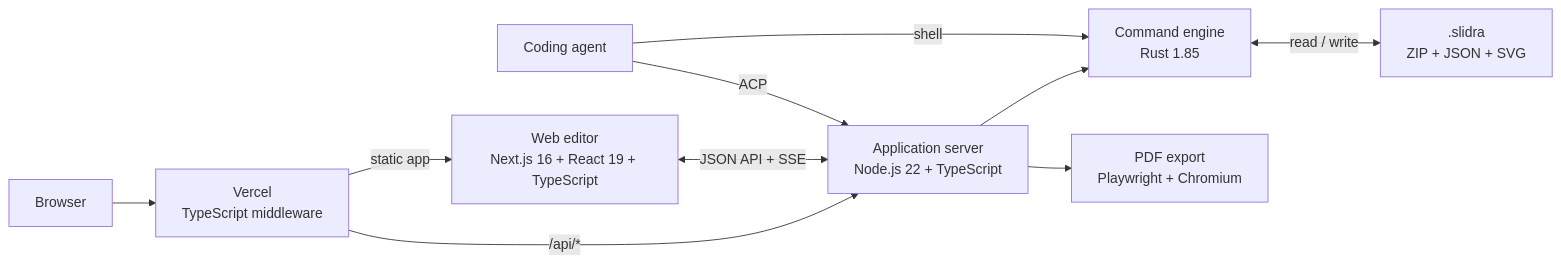
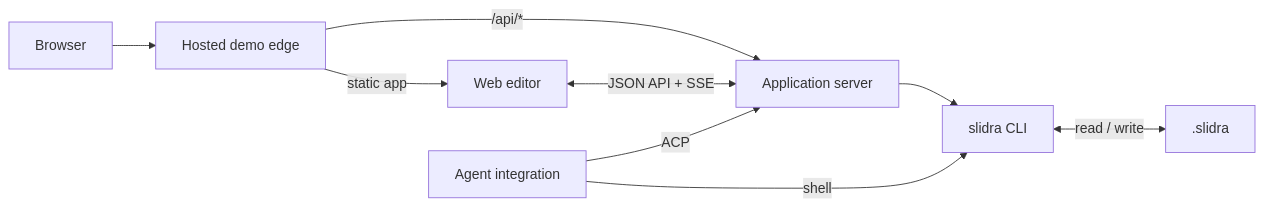
Before and after one commit to Noopher-AI/slidra: the diagram in README.md, drawn with Mermaid. The commit also changed other lines of this file, not shown here.

Commit message:
docs: align architecture diagram and table

````diff
--- a/README.md
+++ b/README.md
@@ -256,12 +256,11 @@
 ```mermaid
 flowchart LR
-    Browser["Browser"] --> Edge["Vercel<br/>TypeScript middleware"]
-    Edge -->|"static app"| Web["Web editor<br/>Next.js 16 + React 19 + TypeScript"]
-    Edge -->|"/api/*"| Server["Application server<br/>Node.js 22 + TypeScript"]
+    Browser["Browser"] --> Edge["Hosted demo edge"]
+    Edge -->|"static app"| Web["Web editor"]
+    Edge -->|"/api/*"| Server["Application server"]
     Web <-->|"JSON API + SSE"| Server
-    Agent["Coding agent"] -->|"ACP"| Server
-    Server --> CLI["Command engine<br/>Rust 1.85"]
+    Agent["Agent integration"] -->|"ACP"| Server
+    Server --> CLI["slidra CLI"]
     Agent -->|"shell"| CLI
-    CLI <-->|"read / write"| Deck[".slidra<br/>ZIP + JSON + SVG"]
-    Server --> PDF["PDF export<br/>Playwright + Chromium"]
+    CLI <-->|"read / write"| Deck[".slidra"]
 ```
````
